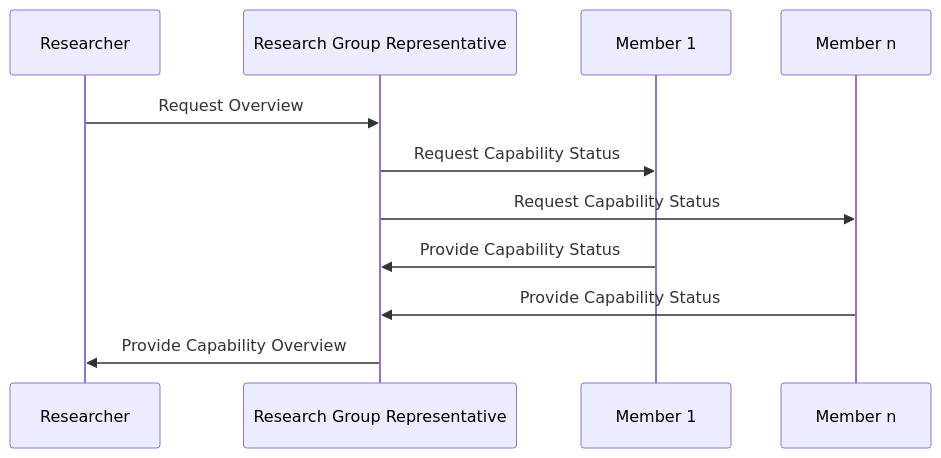
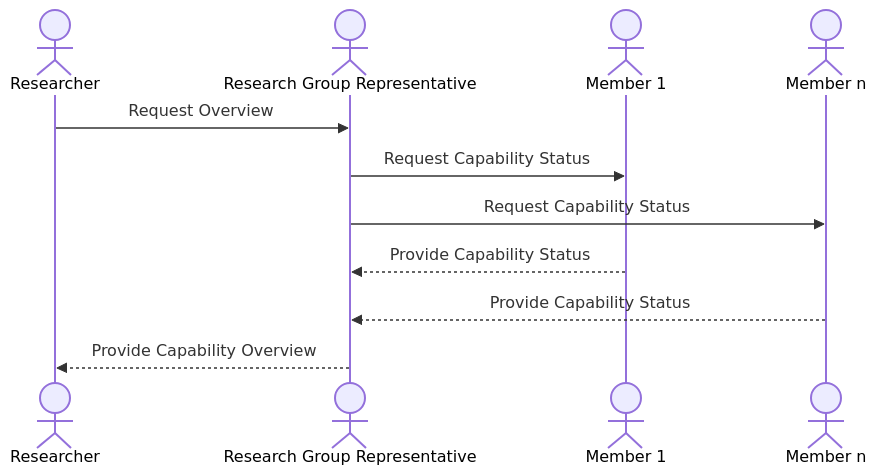
One commit to JulianFrattini/capability-matrix changed the third of 9 diagrams in docs/context-specification.md. Above: the diagram before and after it, drawn with Mermaid. The commit also changed other lines of this file, not shown here.

````diff
--- a/docs/context-specification.md
+++ b/docs/context-specification.md
@@ -133,13 +133,15 @@
 ```mermaid
 sequenceDiagram
-participant Researcher
-participant Research Group Representative
-participant Member 1
-participant Member n
+
+actor Researcher
+actor Research Group Representative
+actor Member 1
+actor Member n
+
 Researcher ->> Research Group Representative: Request Overview 
 Research Group Representative ->> Member 1: Request Capability Status
 Research Group Representative ->> Member n: Request Capability Status
-Member 1 ->> Research Group Representative: Provide Capability Status
-Member n ->> Research Group Representative: Provide Capability Status
-Research Group Representative ->> Researcher: Provide Capability Overview
+Member 1 -->> Research Group Representative: Provide Capability Status
+Member n -->> Research Group Representative: Provide Capability Status
+Research Group Representative -->> Researcher: Provide Capability Overview
 ```
````
